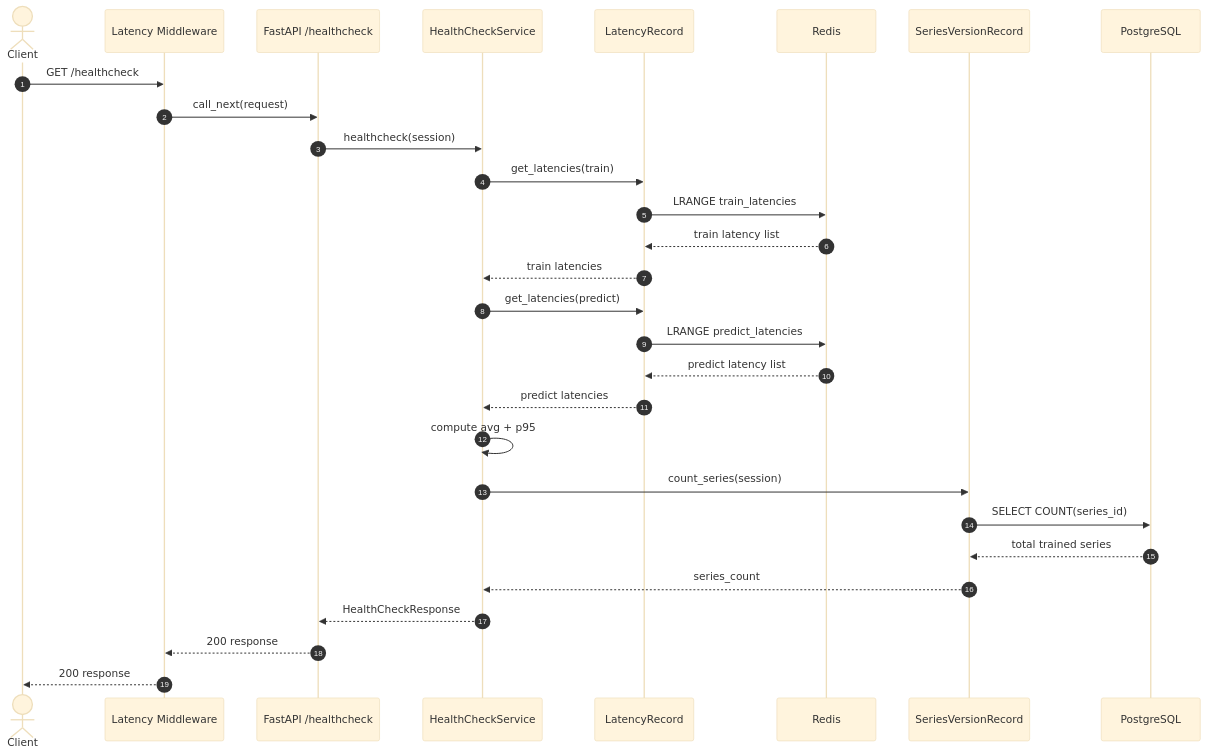
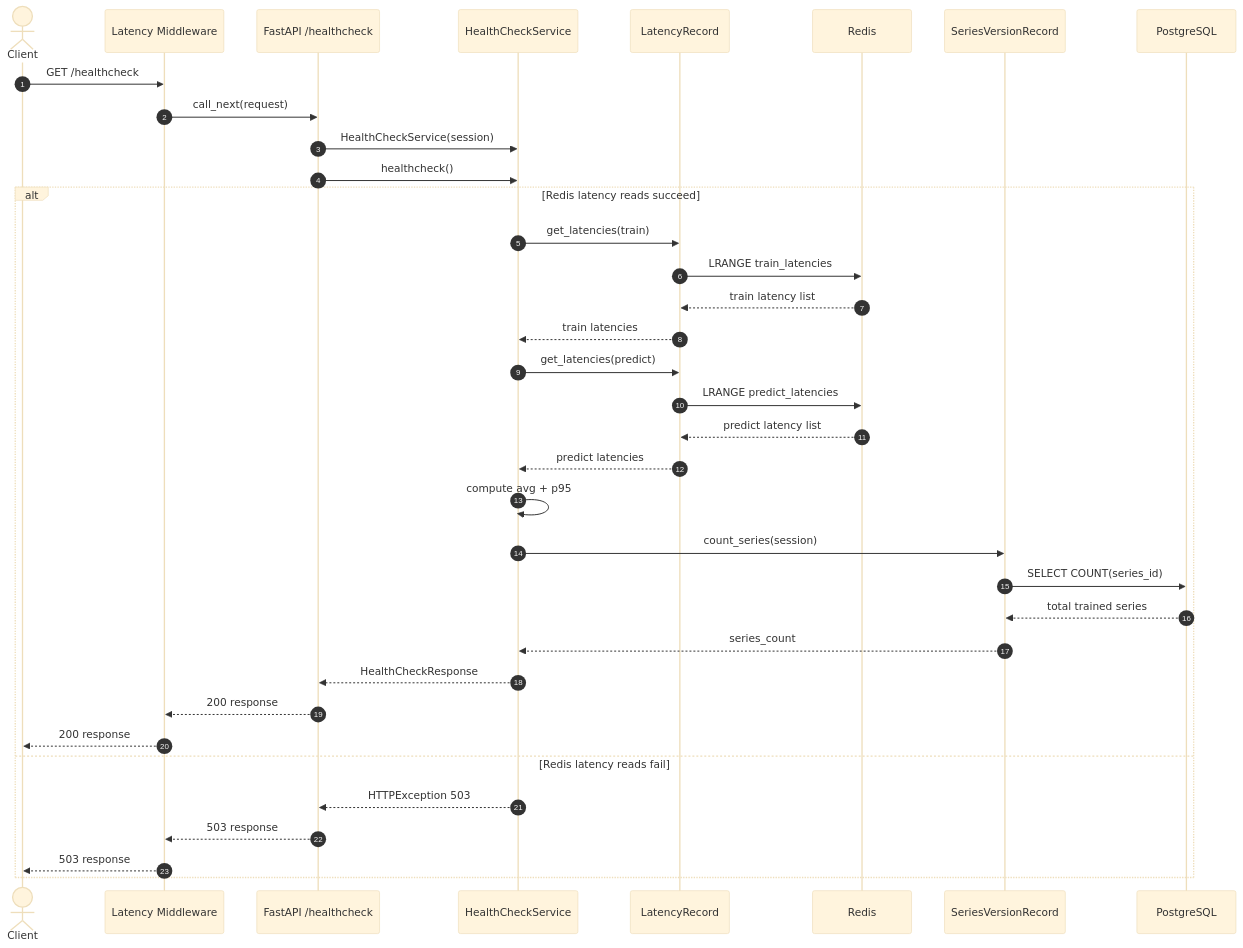
Before and after one commit to lucasmazzetto/time_series_anomaly_detection_pipelineine: the third of 4 diagrams in docs/architecture.md, drawn with Mermaid (base theme). The commit also changed other lines of this file and 3 other files, not shown here.

````diff
--- a/docs/architecture.md
+++ b/docs/architecture.md
@@ -239,32 +234,39 @@
 ```mermaid
 sequenceDiagram
     autonumber
     actor Client
     participant MW as Latency Middleware
     participant Route as FastAPI /healthcheck
     participant Service as HealthCheckService
     participant Cache as LatencyRecord
     participant Redis as Redis
     participant Version as SeriesVersionRecord
     participant DB as PostgreSQL
 
     Client->>MW: GET /healthcheck
     MW->>Route: call_next(request)
-    Route->>Service: healthcheck(session)
-    Service->>Cache: get_latencies(train)
-    Cache->>Redis: LRANGE train_latencies
-    Redis-->>Cache: train latency list
-    Cache-->>Service: train latencies
-    Service->>Cache: get_latencies(predict)
-    Cache->>Redis: LRANGE predict_latencies
-    Redis-->>Cache: predict latency list
-    Cache-->>Service: predict latencies
-    Service->>Service: compute avg + p95
-    Service->>Version: count_series(session)
-    Version->>DB: SELECT COUNT(series_id)
-    DB-->>Version: total trained series
-    Version-->>Service: series_count
-    Service-->>Route: HealthCheckResponse
-    Route-->>MW: 200 response
-    MW-->>Client: 200 response
+    Route->>Service: HealthCheckService(session)
+    Route->>Service: healthcheck()
+    alt Redis latency reads succeed
+        Service->>Cache: get_latencies(train)
+        Cache->>Redis: LRANGE train_latencies
+        Redis-->>Cache: train latency list
+        Cache-->>Service: train latencies
+        Service->>Cache: get_latencies(predict)
+        Cache->>Redis: LRANGE predict_latencies
+        Redis-->>Cache: predict latency list
+        Cache-->>Service: predict latencies
+        Service->>Service: compute avg + p95
+        Service->>Version: count_series(session)
+        Version->>DB: SELECT COUNT(series_id)
+        DB-->>Version: total trained series
+        Version-->>Service: series_count
+        Service-->>Route: HealthCheckResponse
+        Route-->>MW: 200 response
+        MW-->>Client: 200 response
+    else Redis latency reads fail
+        Service-->>Route: HTTPException 503
+        Route-->>MW: 503 response
+        MW-->>Client: 503 response
+    end
 ```
````
